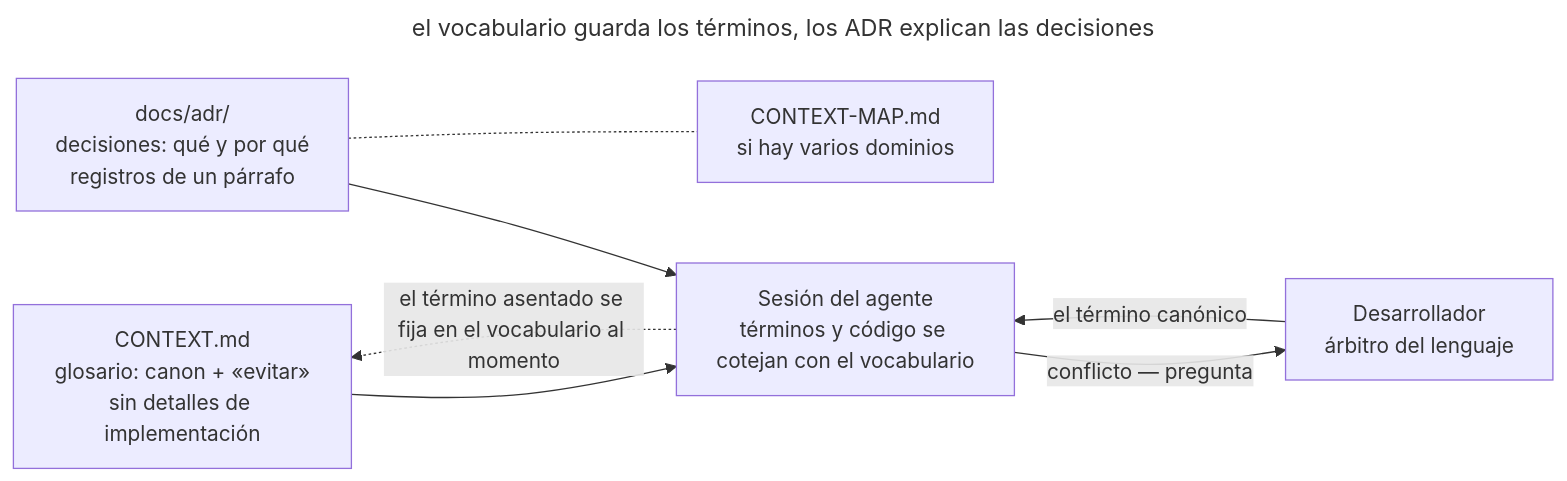
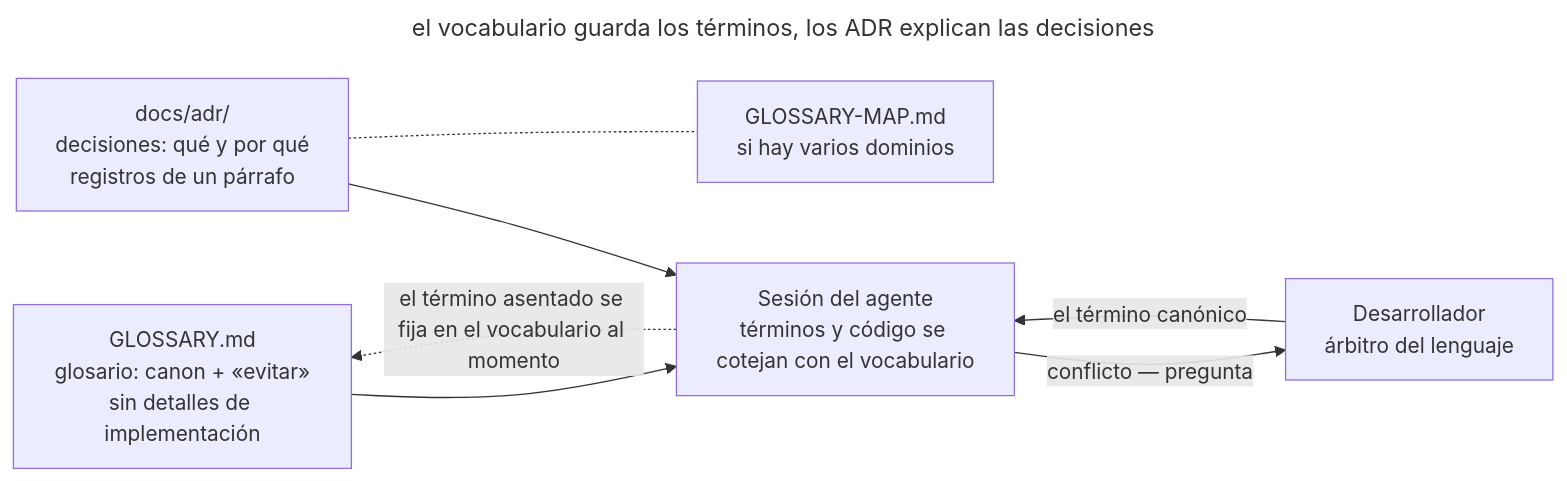
The diagram in book/es/domain-context-file.md (mokevnin/agentic-coding-design-patterns), drawn with Mermaid before and after one commit. The commit also changed other lines of this file and 78 other files, not shown here.

````diff
--- a/book/es/domain-context-file.md
+++ b/book/es/domain-context-file.md
@@ -47,17 +47,17 @@
 ```mermaid
 ---
 title: el vocabulario guarda los términos, los ADR explican las decisiones
 ---
 flowchart LR
-  glossary["CONTEXT.md<br/>glosario: canon + «evitar»<br/>sin detalles de implementación"]:::accent
+  glossary["GLOSSARY.md<br/>glosario: canon + «evitar»<br/>sin detalles de implementación"]:::accent
   adr["docs/adr/<br/>decisiones: qué y por qué<br/>registros de un párrafo"]
-  map["CONTEXT-MAP.md<br/>si hay varios dominios"]:::muted
+  map["GLOSSARY-MAP.md<br/>si hay varios dominios"]:::muted
   session["Sesión del agente<br/>términos y código se cotejan con el vocabulario"]
   dev["Desarrollador<br/>árbitro del lenguaje"]:::accent
   glossary --> session
   adr --> session
   adr -.- map
   session -- "conflicto — pregunta" --> dev
   dev -- "el término canónico" --> session
   session -. "el término asentado se fija en el vocabulario al momento" .-> glossary
 ```
````
